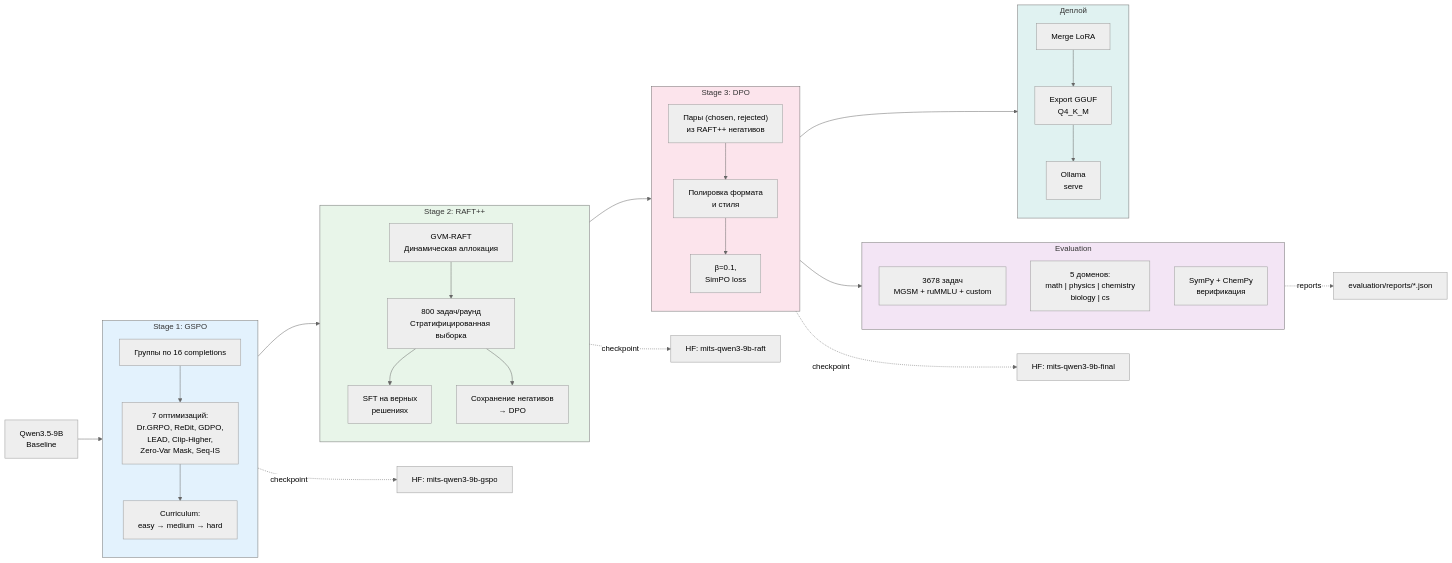
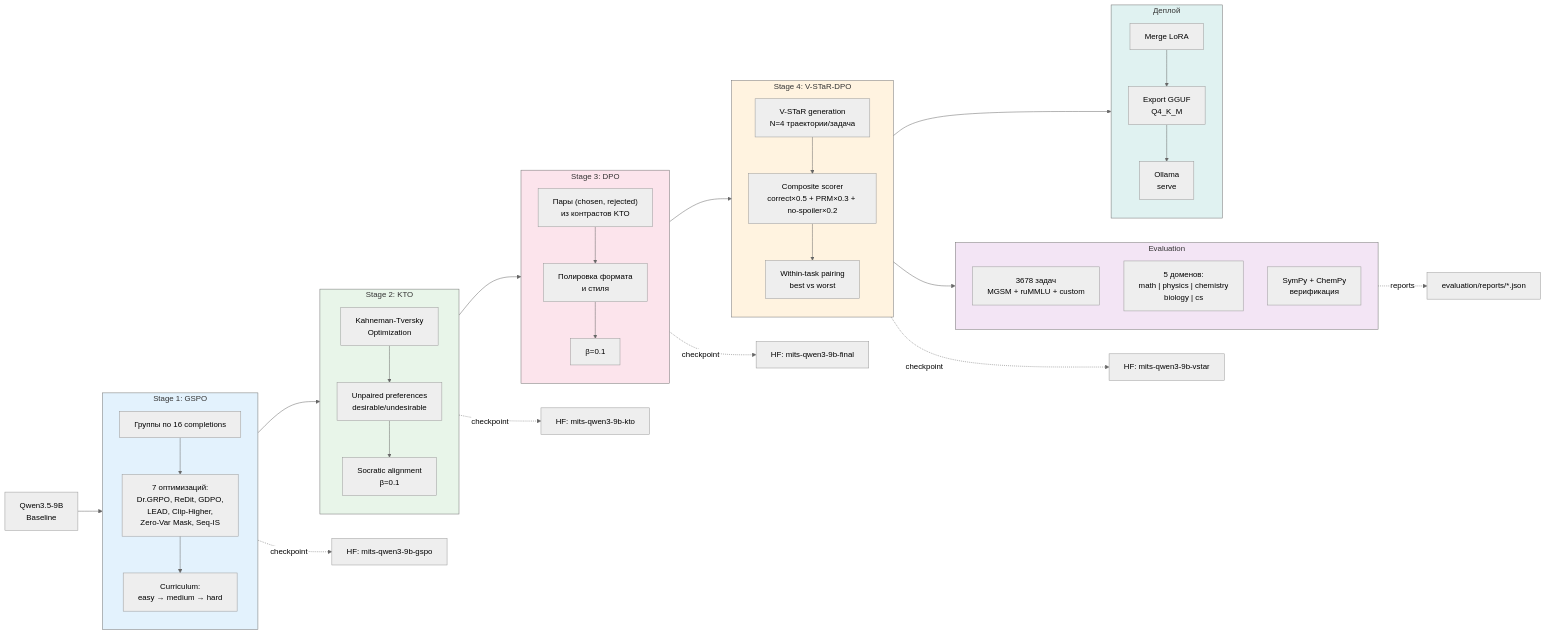
One commit to Siesher/MIST changed the third of 7 diagrams in docs/diploma/DIPLOMA_DIAGRAMS.md. Above: the diagram before and after it, drawn with Mermaid (neutral theme). The commit also changed other lines of this file, not shown here.

Commit message:
docs(019): DIPLOMA_DIAGRAMS sync — 4-stage pipeline
- Диаграммы 1, 3, 4: RAFT++ -> KTO + add Stage 4 V-STaR-DPO
- Диаграмма 1: GSPO->KTO->DPO->VSTAR, export GGUF из VSTAR
- Диаграмма 3: subgraph S4 (generation/composite scorer/within-task pairing), S4 checkpoint
- Диаграмма 4: vstar_trajectories_hard.jsonl, vstar_dpo_pairs.jsonl dataflow
- Title: 3-Stage RL -> 4-Stage RL; 0 RAFT refs, 0 orphan nodes

````diff
--- a/docs/diploma/DIPLOMA_DIAGRAMS.md
+++ b/docs/diploma/DIPLOMA_DIAGRAMS.md
@@ -186,57 +187,65 @@
 ```mermaid
 flowchart LR
     Base["Qwen3.5-9B<br/>Baseline"]
 
     subgraph S1["Stage 1: GSPO"]
         G1["Группы по 16 completions"]
         G2["7 оптимизаций:<br/>Dr.GRPO, ReDit, GDPO,<br/>LEAD, Clip-Higher,<br/>Zero-Var Mask, Seq-IS"]
         G3["Curriculum:<br/>easy → medium → hard"]
         G1 --> G2 --> G3
     end
 
-    subgraph S2["Stage 2: RAFT++"]
-        R1["GVM-RAFT<br/>Динамическая аллокация"]
-        R2["800 задач/раунд<br/>Стратифицированная выборка"]
-        R3["SFT на верных<br/>решениях"]
-        R4["Сохранение негативов<br/>→ DPO"]
-        R1 --> R2 --> R3
-        R2 --> R4
+    subgraph S2["Stage 2: KTO"]
+        K1["Kahneman-Tversky<br/>Optimization"]
+        K2["Unpaired preferences<br/>desirable/undesirable"]
+        K3["Socratic alignment<br/>β=0.1"]
+        K1 --> K2 --> K3
     end
 
     subgraph S3["Stage 3: DPO"]
-        D1["Пары (chosen, rejected)<br/>из RAFT++ негативов"]
+        D1["Пары (chosen, rejected)<br/>из контрастов KTO"]
         D2["Полировка формата<br/>и стиля"]
-        D3["β=0.1,<br/>SimPO loss"]
+        D3["β=0.1"]
         D1 --> D2 --> D3
+    end
+
+    subgraph S4["Stage 4: V-STaR-DPO"]
+        V1["V-STaR generation<br/>N=4 траектории/задача"]
+        V2["Composite scorer<br/>correct×0.5 + PRM×0.3 + no-spoiler×0.2"]
+        V3["Within-task pairing<br/>best vs worst"]
+        V1 --> V2 --> V3
     end
 
     subgraph EVAL["Evaluation"]
         E1["3678 задач<br/>MGSM + ruMMLU + custom"]
         E2["5 доменов:<br/>math | physics | chemistry<br/>biology | cs"]
         E3["SymPy + ChemPy<br/>верификация"]
     end
 
     subgraph DEPLOY["Деплой"]
         DEP1["Merge LoRA"]
         DEP2["Export GGUF<br/>Q4_K_M"]
         DEP3["Ollama<br/>serve"]
     end
 
     Base --> S1
     S1 --> S2
     S2 --> S3
-    S3 --> EVAL
-    S3 --> DEPLOY
+    S3 --> S4
+    S4 --> EVAL
+    S4 --> DEPLOY
     DEP1 --> DEP2 --> DEP3
 
     S1 -.->|checkpoint| HF1["HF: mits-qwen3-9b-gspo"]
-    S2 -.->|checkpoint| HF2["HF: mits-qwen3-9b-raft"]
+    S2 -.->|checkpoint| HF2["HF: mits-qwen3-9b-kto"]
     S3 -.->|checkpoint| HF3["HF: mits-qwen3-9b-final"]
+    S4 -.->|checkpoint| HF4["HF: mits-qwen3-9b-vstar"]
     EVAL -.->|reports| Reports["evaluation/reports/*.json"]
 
     style S1 fill:#e3f2fd
     style S2 fill:#e8f5e9
     style S3 fill:#fce4ec
+    style S4 fill:#fff3e0
     style EVAL fill:#f3e5f5
     style DEPLOY fill:#e0f2f1
 ```
````
